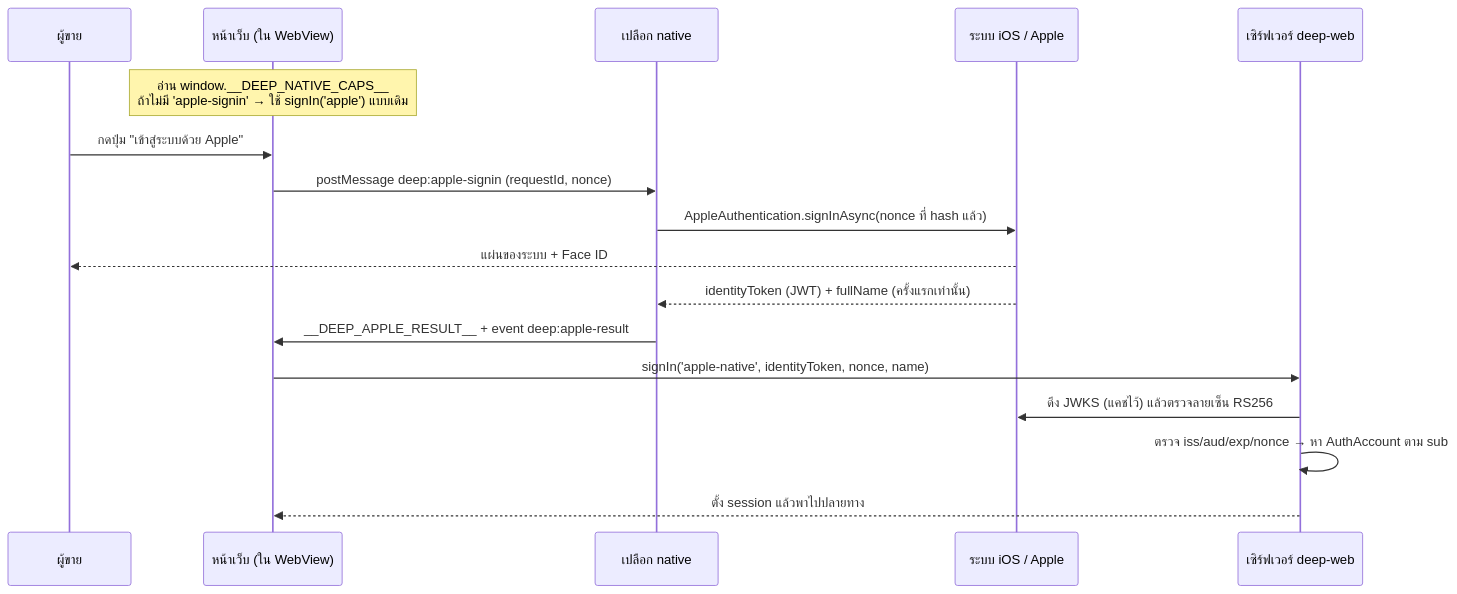
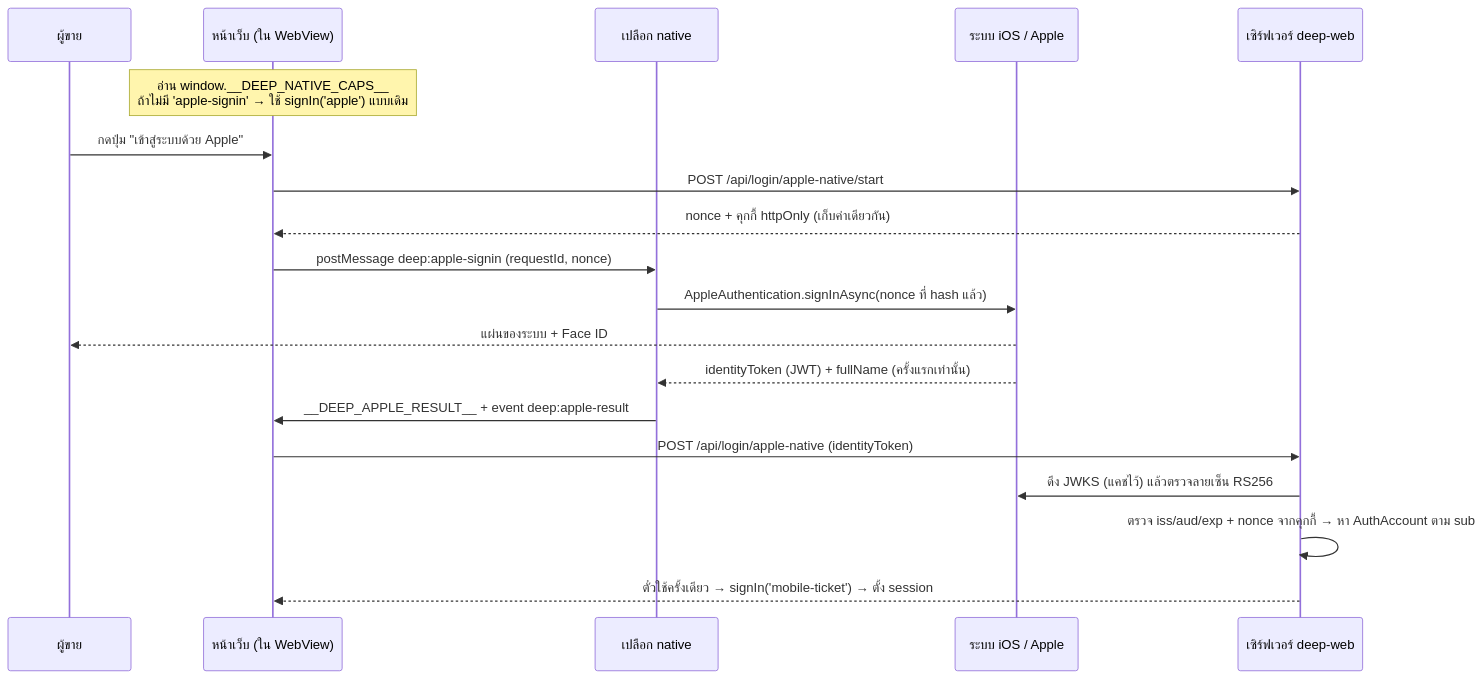
Before and after one commit to CodeCooLTH/deep-web: the diagram in docs/20 - Features/00040 - App Store Compliance/EXTENSIONS-2026-08-10-signin-with-apple.md, drawn with Mermaid. The commit also changed other lines of this file and 6 other files, not shown here.

````diff
--- a/docs/20 - Features/00040 - App Store Compliance/EXTENSIONS-2026-08-10-signin-with-apple.md
+++ b/docs/20 - Features/00040 - App Store Compliance/EXTENSIONS-2026-08-10-signin-with-apple.md
@@ -661,20 +661,22 @@
 ```mermaid
 sequenceDiagram
     participant U as ผู้ขาย
     participant W as หน้าเว็บ (ใน WebView)
     participant N as เปลือก native
     participant A as ระบบ iOS / Apple
     participant S as เซิร์ฟเวอร์ deep-web
 
     Note over W: อ่าน window.__DEEP_NATIVE_CAPS__<br/>ถ้าไม่มี 'apple-signin' → ใช้ signIn('apple') แบบเดิม
     U->>W: กดปุ่ม "เข้าสู่ระบบด้วย Apple"
+    W->>S: POST /api/login/apple-native/start
+    S-->>W: nonce + คุกกี้ httpOnly (เก็บค่าเดียวกัน)
     W->>N: postMessage deep:apple-signin (requestId, nonce)
     N->>A: AppleAuthentication.signInAsync(nonce ที่ hash แล้ว)
     A-->>U: แผ่นของระบบ + Face ID
     A-->>N: identityToken (JWT) + fullName (ครั้งแรกเท่านั้น)
     N->>W: __DEEP_APPLE_RESULT__ + event deep:apple-result
-    W->>S: signIn('apple-native', identityToken, nonce, name)
+    W->>S: POST /api/login/apple-native (identityToken)
     S->>A: ดึง JWKS (แคชไว้) แล้วตรวจลายเซ็น RS256
-    S->>S: ตรวจ iss/aud/exp/nonce → หา AuthAccount ตาม sub
-    S-->>W: ตั้ง session แล้วพาไปปลายทาง
+    S->>S: ตรวจ iss/aud/exp + nonce จากคุกกี้ → หา AuthAccount ตาม sub
+    S-->>W: ตั๋วใช้ครั้งเดียว → signIn('mobile-ticket') → ตั้ง session
 ```
````
